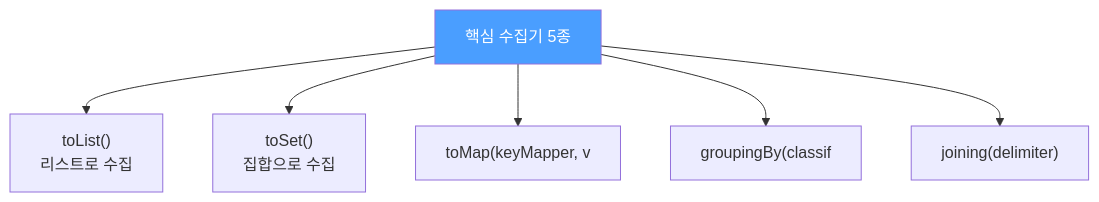
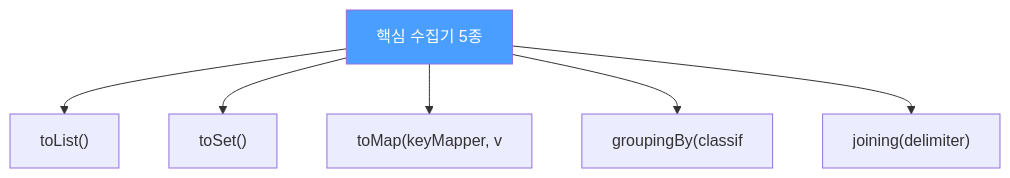
One commit to yjkim2015/yjkim2015.github.io changed the diagram in _posts/java/2022-01-23-effective-java46.md. Above: the diagram before and after it, drawn with Mermaid. The commit also changed 217 other files, not shown here.

First line of the commit message:
Mermaid 크기 수정: useMaxWidth:true + SVG max-width:100% + 라벨 축소

````diff
--- a/_posts/java/2022-01-23-effective-java46.md
+++ b/_posts/java/2022-01-23-effective-java46.md
@@ -45,9 +45,9 @@
 ```mermaid
 graph TD
-    A["핵심 수집기 5종"] --> B["toList()\n리스트로 수집"]
-    A --> C["toSet()\n집합으로 수집"]
+    A["핵심 수집기 5종"] --> B["toList()"]
+    A --> C["toSet()"]
     A --> D["toMap(keyMapper, v"]
     A --> E["groupingBy(classif"]
     A --> F["joining(delimiter)"]
     style A fill:#4a9eff,color:#fff
 ```
````
